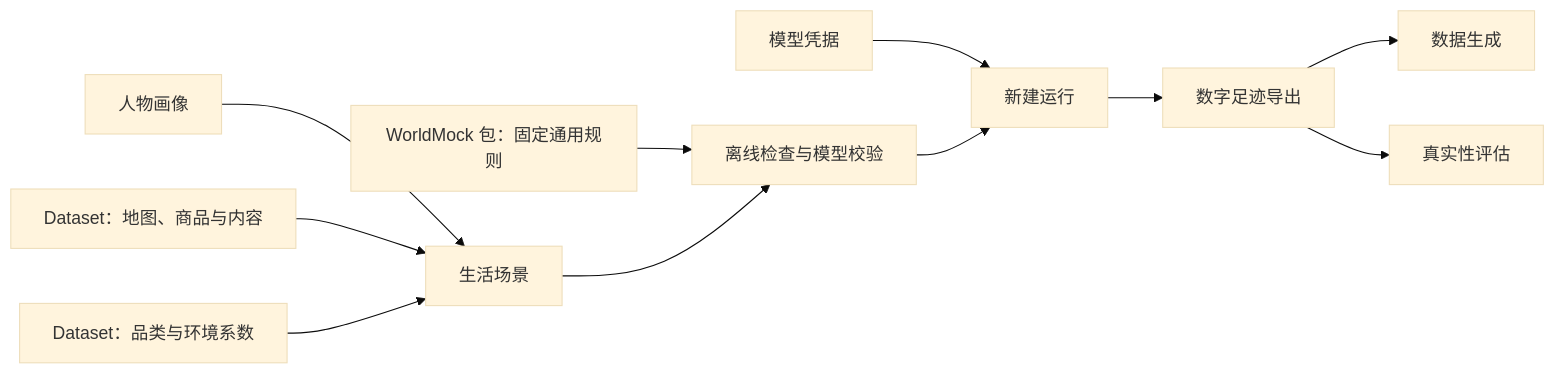
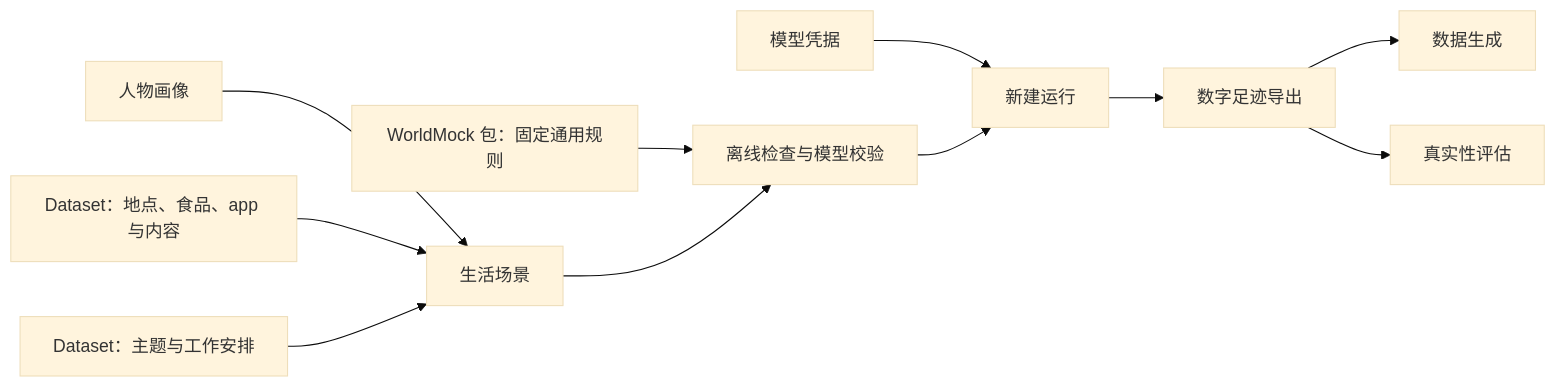
Before and after one commit to HoldThatThgt/WorldMock: the diagram in docs/manual/README.md, drawn with Mermaid (base theme). The commit also changed other lines of this file and 21 other files, not shown here.

````diff
--- a/docs/manual/README.md
+++ b/docs/manual/README.md
@@ -30,13 +30,13 @@
 ```mermaid
 flowchart LR
     PERSON[人物画像] --> SCENE[生活场景]
-    WORLD[Dataset：地图、商品与内容] --> SCENE
-    RULES[Dataset：品类与环境系数] --> SCENE
+    WORLD[Dataset：地点、食品、app 与内容] --> SCENE
+    TOPICS[Dataset：主题与工作安排] --> SCENE
     PACKAGE[WorldMock 包：固定通用规则] --> CHECK
     SCENE --> CHECK[离线检查与模型校验]
     KEY[模型凭据] --> RUN[新建运行]
     CHECK --> RUN
     RUN --> EXPORT[数字足迹导出]
     EXPORT --> DATA[数据生成]
     EXPORT --> EVAL[真实性评估]
 ```
````
